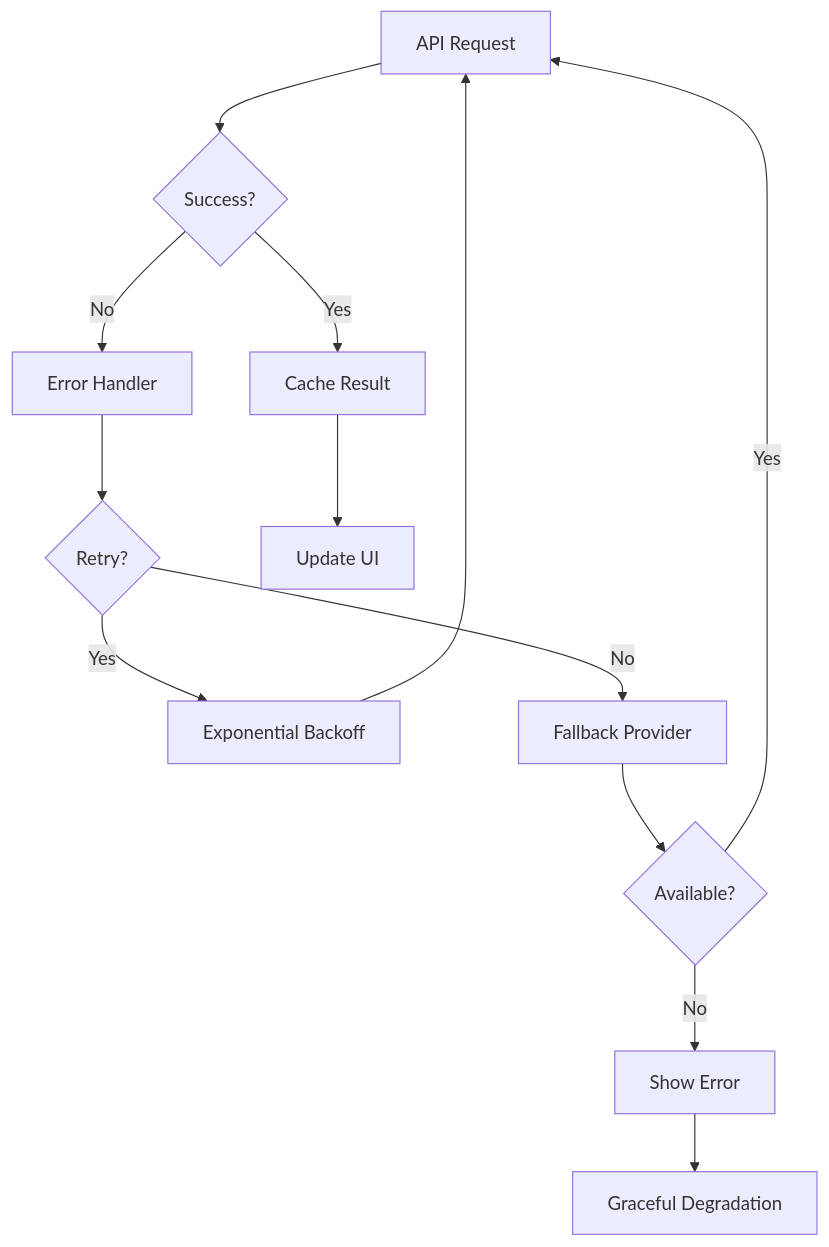
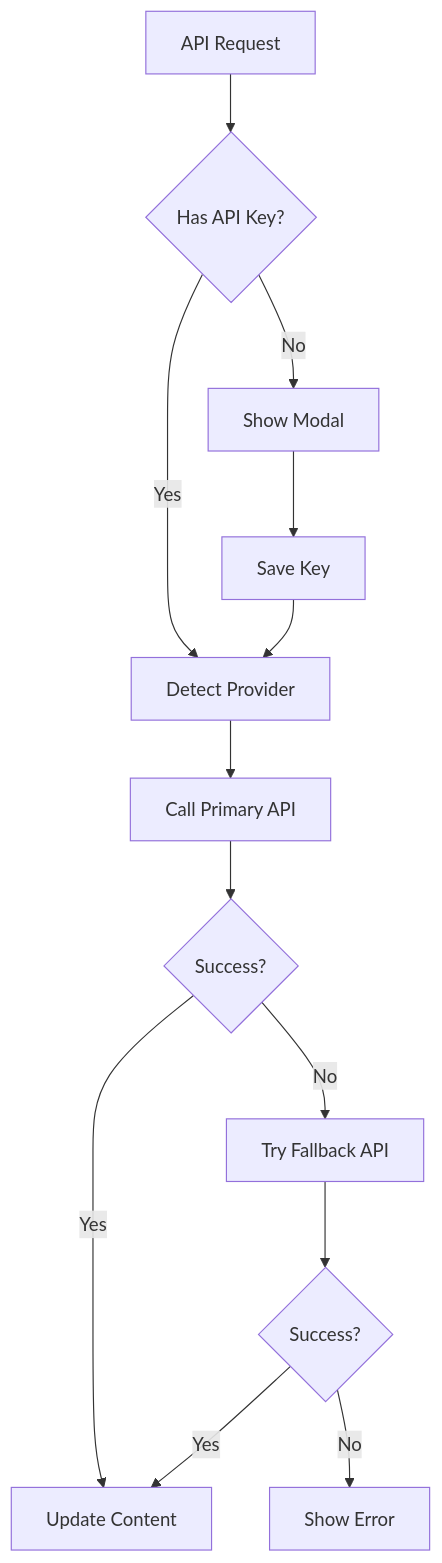
One commit to efrat-dev/ai-prompt-optimizer-extension changed the third of 3 diagrams in ARCHITECTURE.md. Above: the diagram before and after it, drawn with Mermaid. The commit also changed other lines of this file, not shown here.

````diff
--- a/ARCHITECTURE.md
+++ b/ARCHITECTURE.md
@@ -141,15 +177,14 @@
 ```mermaid
 flowchart TD
-    A[API Request] --> B{Success?}
-    B -->|Yes| C[Cache Result]
-    B -->|No| D[Error Handler]
-    D --> E{Retry?}
-    E -->|Yes| F[Exponential Backoff]
-    E -->|No| G[Fallback Provider]
-    F --> A
-    G --> H{Available?}
-    H -->|Yes| A
-    H -->|No| I[Show Error]
-    C --> J[Update UI]
-    I --> K[Graceful Degradation]
+    A[API Request] --> B{Has API Key?}
+    B -->|No| C[Show Modal]
+    B -->|Yes| D[Detect Provider]
+    C --> E[Save Key] --> D
+    D --> F[Call Primary API]
+    F --> G{Success?}
+    G -->|Yes| H[Update Content]
+    G -->|No| I[Try Fallback API]
+    I --> J{Success?}
+    J -->|Yes| H
+    J -->|No| K[Show Error]
 ```
````
